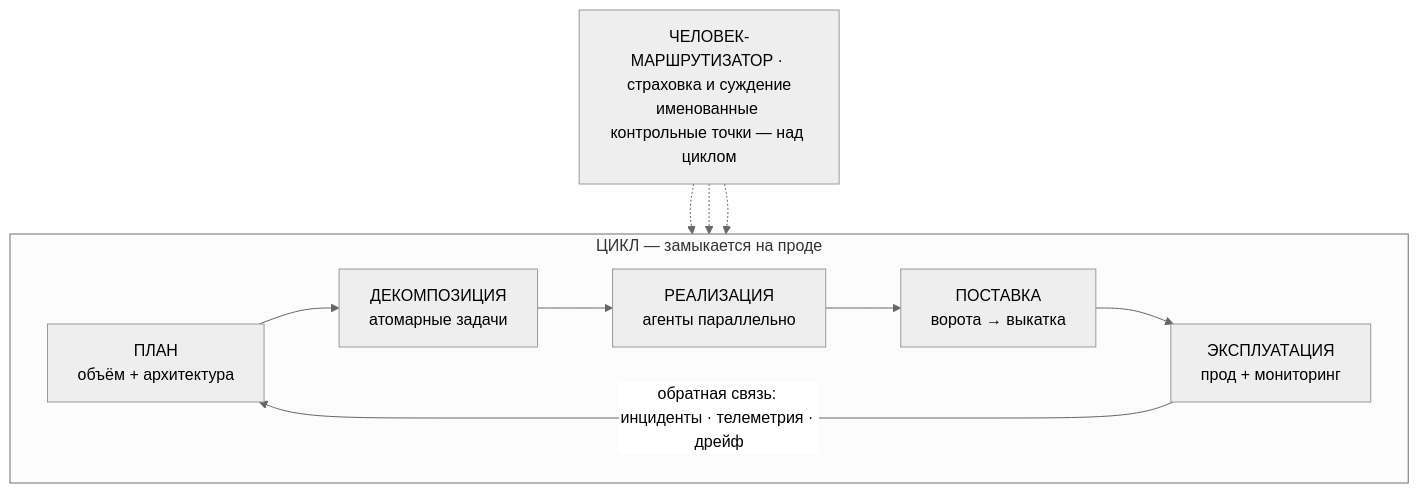
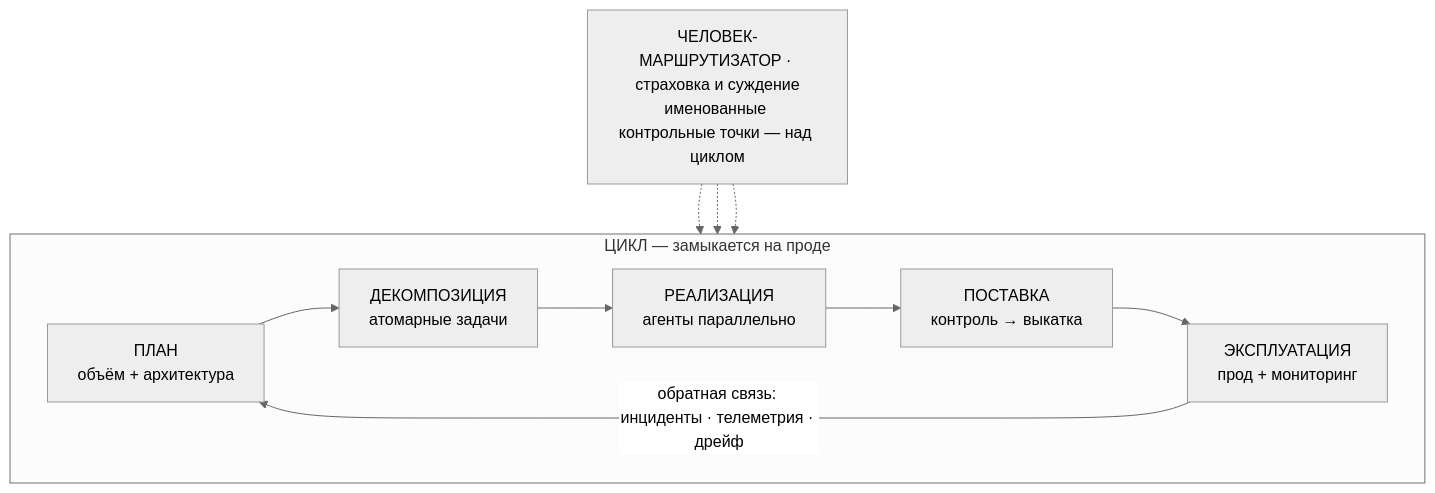
Before and after one commit to NikolaiSachok/enterprise-rag-agents-handbook: the diagram in i18n/ru/docusaurus-plugin-content-docs-ai-sdlc/current/intro.md, drawn with Mermaid (neutral theme). The commit also changed other lines of this file and 4 other files, not shown here.

````diff
--- a/i18n/ru/docusaurus-plugin-content-docs-ai-sdlc/current/intro.md
+++ b/i18n/ru/docusaurus-plugin-content-docs-ai-sdlc/current/intro.md
@@ -24,12 +24,12 @@
 ```mermaid
 flowchart TB
     HR["ЧЕЛОВЕК-МАРШРУТИЗАТОР · страховка и суждение<br/>именованные контрольные точки — над циклом"]
     subgraph LOOP["ЦИКЛ — замыкается на проде"]
       direction LR
-      PLAN["ПЛАН<br/>объём + архитектура"] --> DEC["ДЕКОМПОЗИЦИЯ<br/>атомарные задачи"] --> IMPL["РЕАЛИЗАЦИЯ<br/>агенты параллельно"] --> SHIP["ПОСТАВКА<br/>ворота → выкатка"] --> OPS["ЭКСПЛУАТАЦИЯ<br/>прод + мониторинг"]
+      PLAN["ПЛАН<br/>объём + архитектура"] --> DEC["ДЕКОМПОЗИЦИЯ<br/>атомарные задачи"] --> IMPL["РЕАЛИЗАЦИЯ<br/>агенты параллельно"] --> SHIP["ПОСТАВКА<br/>контроль → выкатка"] --> OPS["ЭКСПЛУАТАЦИЯ<br/>прод + мониторинг"]
       OPS -->|"обратная связь: инциденты · телеметрия · дрейф"| PLAN
     end
     HR -.-> PLAN
     HR -.-> IMPL
     HR -.-> OPS
 ```
````
